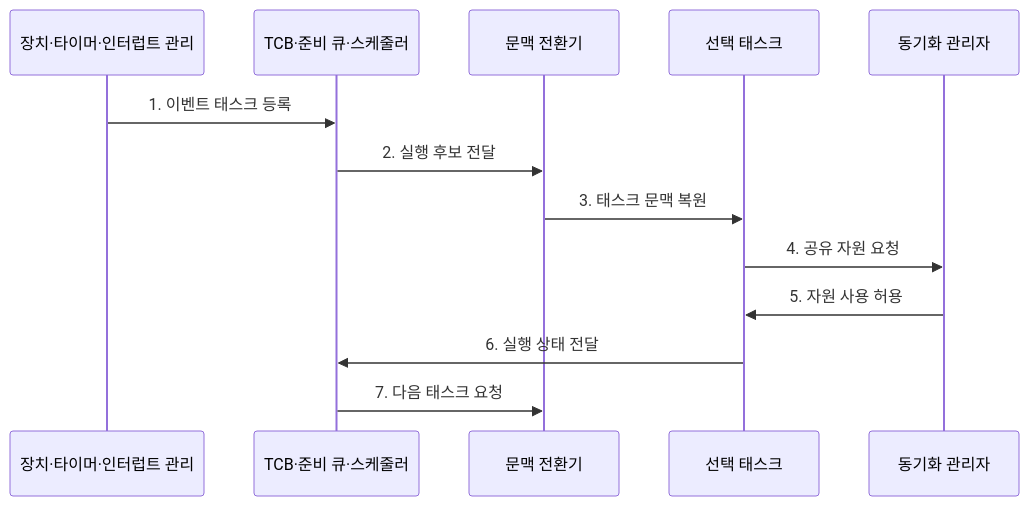
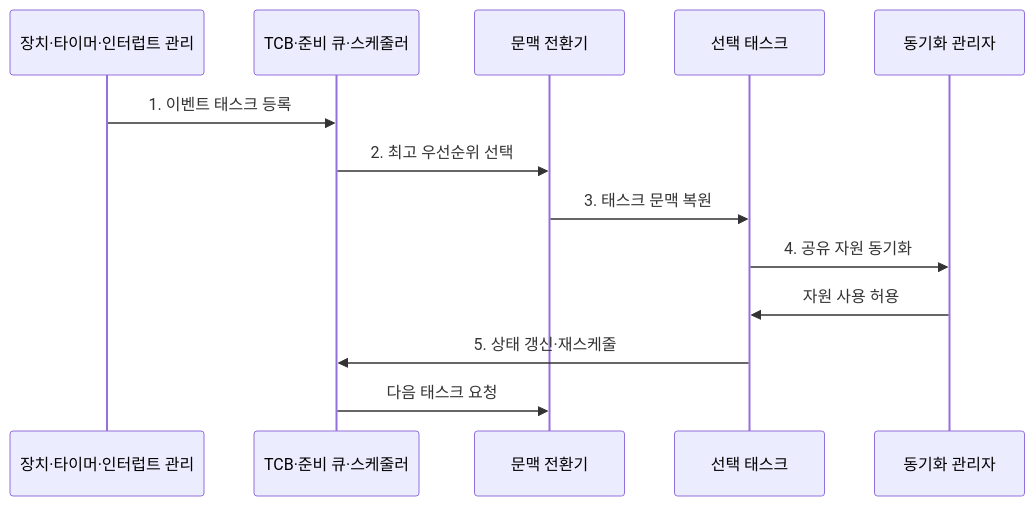
The second of 2 diagrams in src/content/docs/notes/02-hardware/061_real_time_operating_system.md (agnusdei1207/knowledge-base), drawn with Mermaid before and after one commit. The commit also changed other lines of this file and 86 other files, not shown here.

````diff
--- a/src/content/docs/notes/02-hardware/061_real_time_operating_system.md
+++ b/src/content/docs/notes/02-hardware/061_real_time_operating_system.md
@@ -96,16 +96,16 @@
 ```mermaid
 sequenceDiagram
     participant X as 장치·타이머·인터럽트 관리
     participant Q as TCB·준비 큐·스케줄러
     participant C as 문맥 전환기
     participant T as 선택 태스크
     participant M as 동기화 관리자
 
     X->>Q: 1. 이벤트 태스크 등록
-    Q->>C: 2. 실행 후보 전달
+    Q->>C: 2. 최고 우선순위 선택
     C->>T: 3. 태스크 문맥 복원
-    T->>M: 4. 공유 자원 요청
-    M->>T: 5. 자원 사용 허용
-    T->>Q: 6. 실행 상태 전달
-    Q->>C: 7. 다음 태스크 요청
+    T->>M: 4. 공유 자원 동기화
+    M->>T: 자원 사용 허용
+    T->>Q: 5. 상태 갱신·재스케줄
+    Q->>C: 다음 태스크 요청
 ```
````
